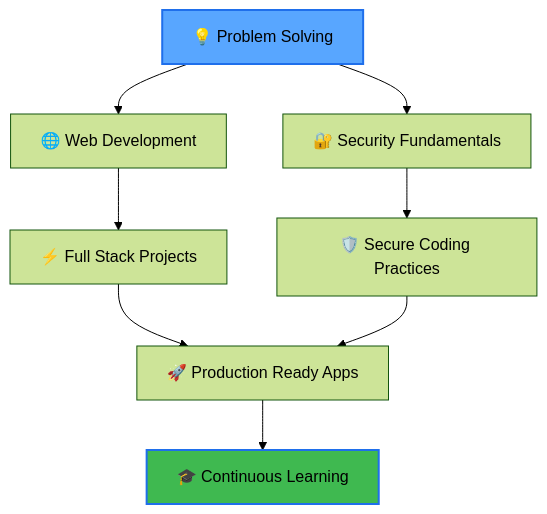
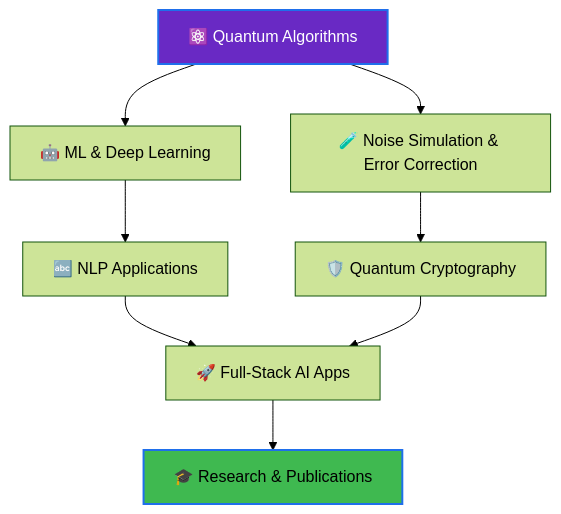
One commit to vishalacharya09/vishalacharya09 changed the diagram in README.md. Above: the diagram before and after it, drawn with Mermaid (forest theme). The commit also changed other lines of this file, not shown here.

````diff
--- a/README.md
+++ b/README.md
@@ -213,13 +211,13 @@
 ```mermaid
 graph TB
-    A[💡 Problem Solving] --> B[🌐 Web Development]
-    A --> C[🔐 Security Fundamentals]
-    B --> D[⚡ Full Stack Projects]
-    C --> E[🛡️ Secure Coding Practices]
-    D --> F[🚀 Production Ready Apps]
+    A[⚛️ Quantum Algorithms] --> B[🧪 Noise Simulation & Error Correction]
+    A --> C[🤖 ML & Deep Learning]
+    C --> D[🔤 NLP Applications]
+    B --> E[🛡️ Quantum Cryptography]
+    D --> F[🚀 Full-Stack AI Apps]
     E --> F
-    F --> G[🎓 Continuous Learning]
-    
-    style A fill:#58a6ff,stroke:#1f6feb,stroke-width:2px,color:#000
+    F --> G[🎓 Research & Publications]
+
+    style A fill:#6929C4,stroke:#1f6feb,stroke-width:2px,color:#fff
     style G fill:#3fb950,stroke:#1f6feb,stroke-width:2px,color:#000
 ```
````
